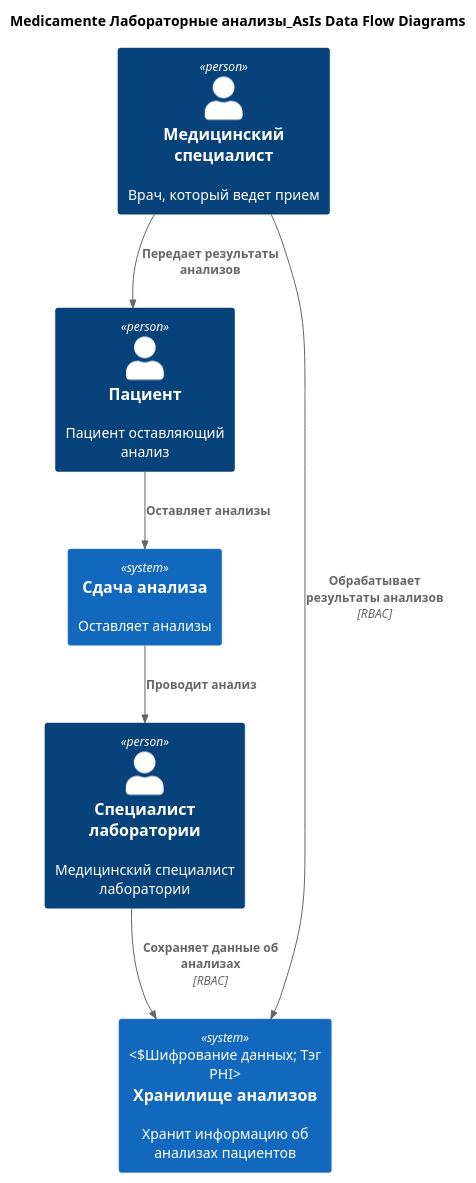
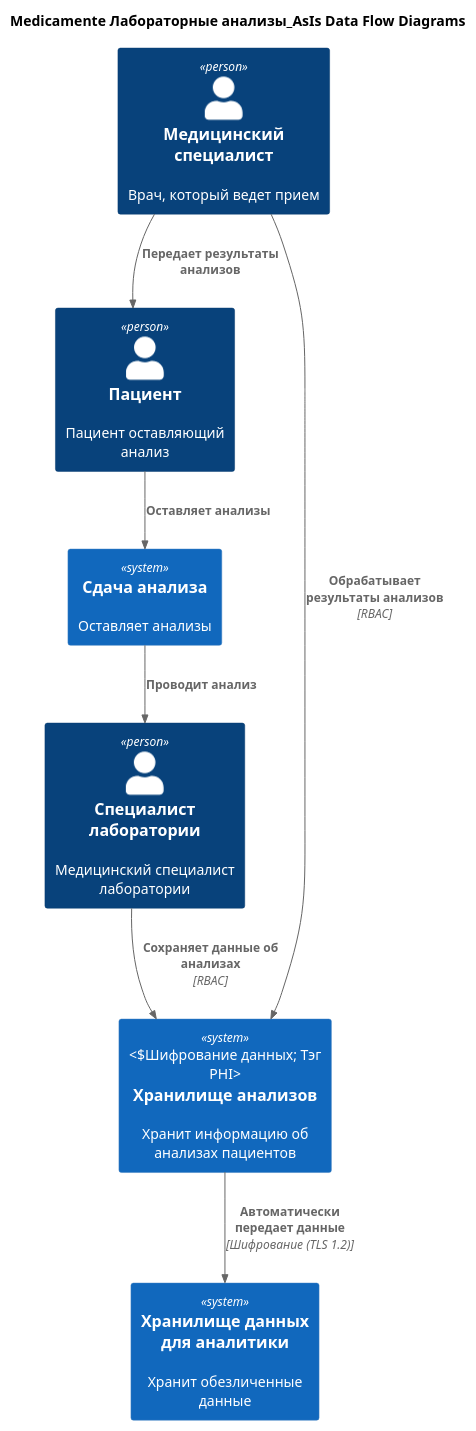
The diagram in Task1/Лабораторные_анализы_ToBe.puml (noisegrind3r/architecture-sprint-10), drawn with PlantUML before and after one commit. The commit also changed 7 other files, not shown here.

Commit message:
fix: dfd diagrams

```diff
--- a/Task1/Лабораторные_анализы_ToBe.puml
+++ b/Task1/Лабораторные_анализы_ToBe.puml
@@ -1,21 +1,24 @@
 @startuml
 title Medicamente Лабораторные анализы_AsIs Data Flow Diagrams
 
 top to bottom direction
 
 !includeurl https://raw.githubusercontent.com/RicardoNiepel/C4-PlantUML/master/C4_Context.puml
 
 Person(patient, "Пациент", "Пациент оставляющий анализ")
 Person(labourer, "Специалист лаборатории", "Медицинский специалист лаборатории")
 Person(doctor, "Медицинский специалист", "Врач, который ведет прием")
 
 System(passAnalyses, "Сдача анализа", "Оставляет анализы")
 System(dataAnalyses, "Хранилище анализов", "Хранит информацию об анализах пациентов", "Шифрование данных; Тэг PHI")
+System(dataLake, "Хранилище данных для аналитики", "Хранит обезличенные данные")
 
 Rel(patient, passAnalyses, "Оставляет анализы")
 Rel(passAnalyses, labourer, "Проводит анализ")
 Rel(labourer, dataAnalyses, "Сохраняет данные об анализах", "RBAC")
 Rel(doctor, dataAnalyses, "Обрабатывает результаты анализов", "RBAC")
 Rel(doctor, patient, "Передает результаты анализов")
 
+Rel(dataAnalyses, dataLake, "Автоматически передает данные", "Шифрование (TLS 1.2)" )
+
 @enduml
```
